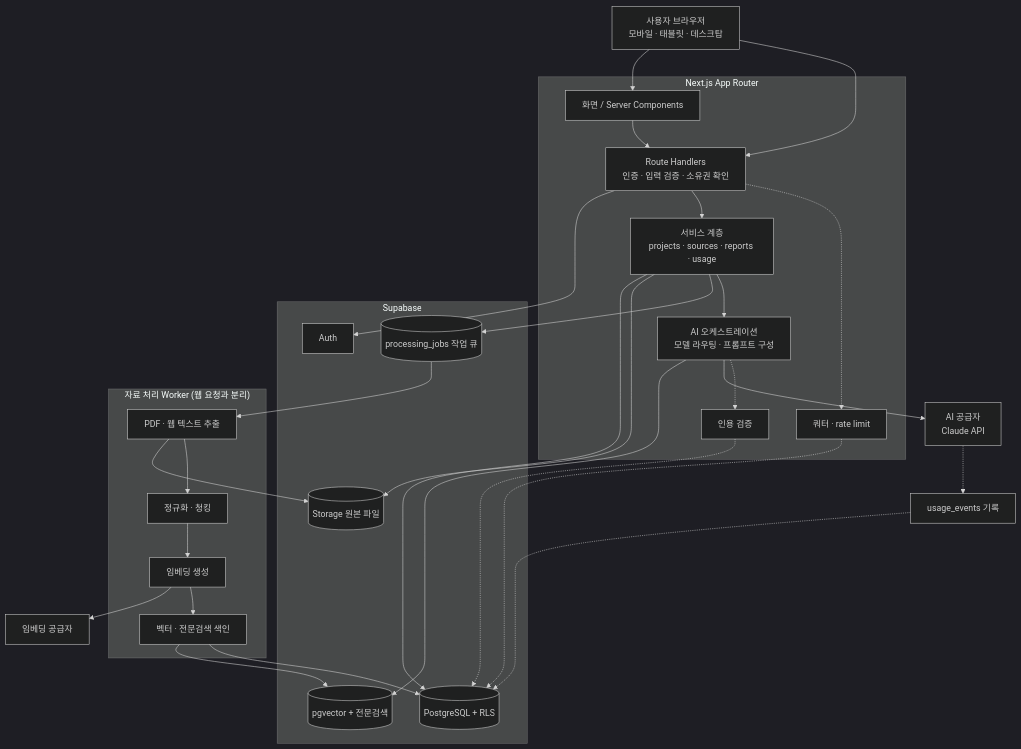
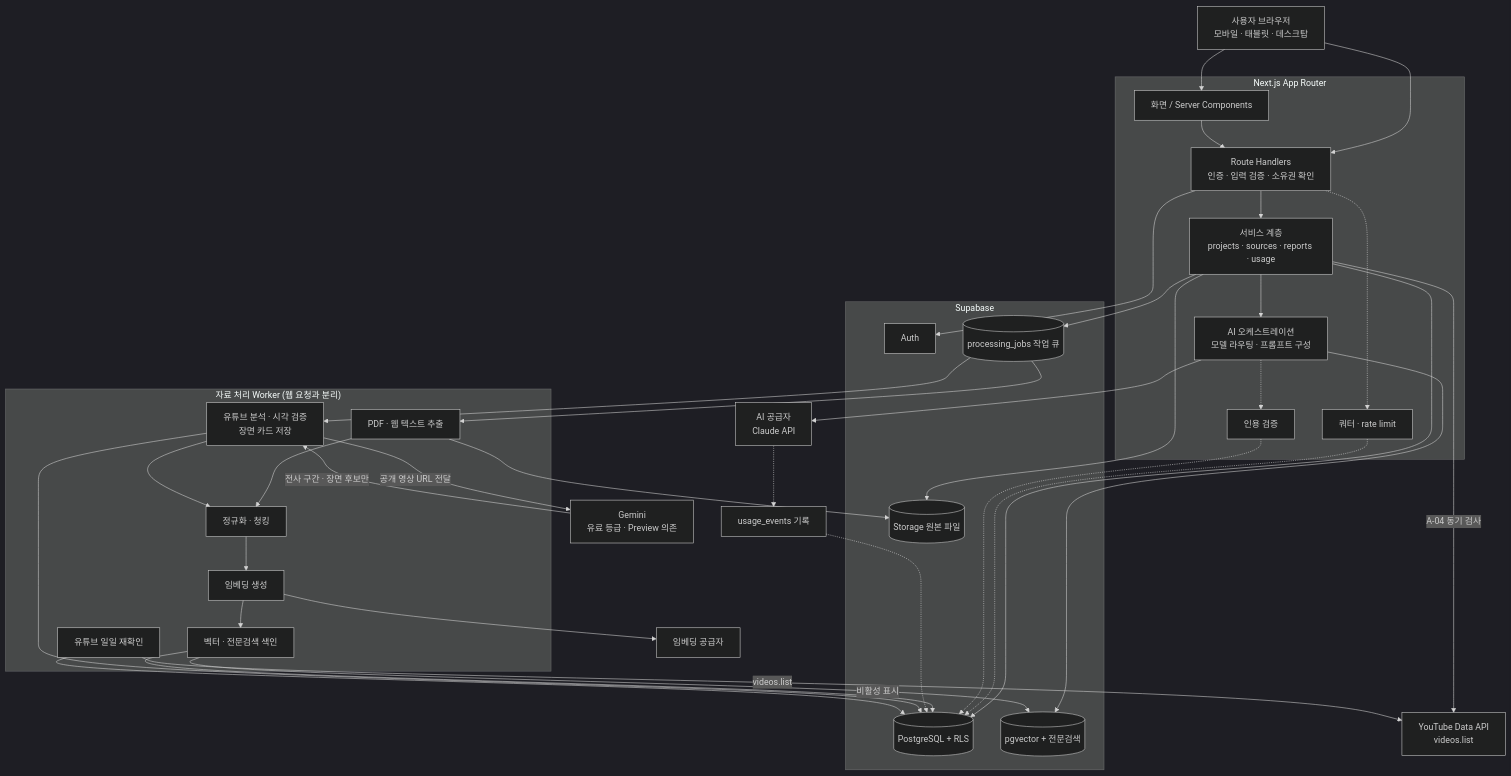
Before and after one commit to DevOps0906/KNOWFLOW-AI: the diagram in docs/diagrams/01-system-architecture.md, drawn with Mermaid (dark theme). The commit also changed 47 other files, not shown here.

````diff
--- a/docs/diagrams/01-system-architecture.md
+++ b/docs/diagrams/01-system-architecture.md
@@ -7,58 +7,71 @@
 ```mermaid
 flowchart TB
   user["사용자 브라우저<br/>모바일 · 태블릿 · 데스크탑"]
 
   subgraph web["Next.js App Router"]
     pages["화면 / Server Components"]
     api["Route Handlers<br/>인증 · 입력 검증 · 소유권 확인"]
     svc["서비스 계층<br/>projects · sources · reports · usage"]
     orch["AI 오케스트레이션<br/>모델 라우팅 · 프롬프트 구성"]
     quota["쿼터 · rate limit"]
     verify["인용 검증"]
   end
 
   subgraph supa["Supabase"]
     auth["Auth"]
     pg[("PostgreSQL + RLS")]
     vec[("pgvector + 전문검색")]
     store[("Storage 원본 파일")]
     queue[("processing_jobs 작업 큐")]
   end
 
   subgraph worker["자료 처리 Worker (웹 요청과 분리)"]
     ext["PDF · 웹 텍스트 추출"]
+    yan["유튜브 분석 · 시각 검증<br/>장면 카드 저장"]
+    ysw["유튜브 일일 재확인"]
     chunk["정규화 · 청킹"]
     emb["임베딩 생성"]
     idx["벡터 · 전문검색 색인"]
   end
 
   llm["AI 공급자<br/>Claude API"]
   embp["임베딩 공급자"]
+  gem["Gemini<br/>유료 등급 · Preview 의존"]
+  yapi["YouTube Data API<br/>videos.list"]
 
   user --> pages
   user --> api
   pages --> api
   api --> auth
   api --> svc
   svc --> pg
   svc --> store
   svc --> queue
   api -.-> quota
   quota -.-> pg
   svc --> orch
   orch --> vec
   orch --> llm
   orch -.-> verify
   verify -.-> pg
 
   queue --> ext
   ext --> store
   ext --> chunk
   chunk --> emb
   emb --> embp
   emb --> idx
   idx --> vec
   idx --> pg
   llm -.-> usage["usage_events 기록"]
   usage -.-> pg
+
+  svc -->|A-04 동기 검사| yapi
+  queue --> yan
+  yan -->|공개 영상 URL 전달| gem
+  gem -->|"전사 구간 · 장면 후보만"| yan
+  yan --> chunk
+  yan --> pg
+  ysw -->|videos.list| yapi
+  ysw -->|비활성 표시| pg
 ```
````
